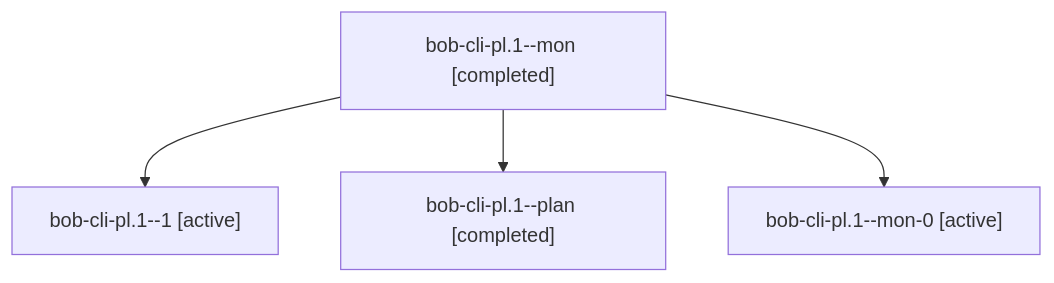
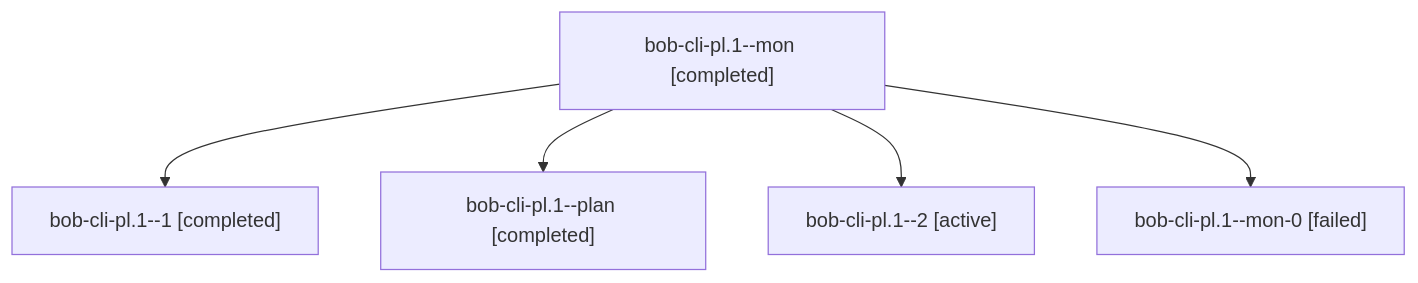
One commit to bobs-org/bob-cli--agents changed the diagram in sessions/bbugyi200.apollo.bob-cli-pl.1.md. Above: the diagram before and after it, drawn with Mermaid. The commit also changed other lines of this file and 58 other files, not shown here.

````diff
--- a/sessions/bbugyi200.apollo.bob-cli-pl.1.md
+++ b/sessions/bbugyi200.apollo.bob-cli-pl.1.md
@@ -9,10 +9,12 @@
 ```mermaid
 flowchart TD
   n0["bob-cli-pl.1--mon [completed]"]
-  n1["bob-cli-pl.1--1 [active]"]
+  n1["bob-cli-pl.1--1 [completed]"]
   n0 --> n1
   n2["bob-cli-pl.1--plan [completed]"]
   n0 --> n2
-  n3["bob-cli-pl.1--mon-0 [active]"]
+  n3["bob-cli-pl.1--2 [active]"]
   n0 --> n3
+  n4["bob-cli-pl.1--mon-0 [failed]"]
+  n0 --> n4
 ```
````
